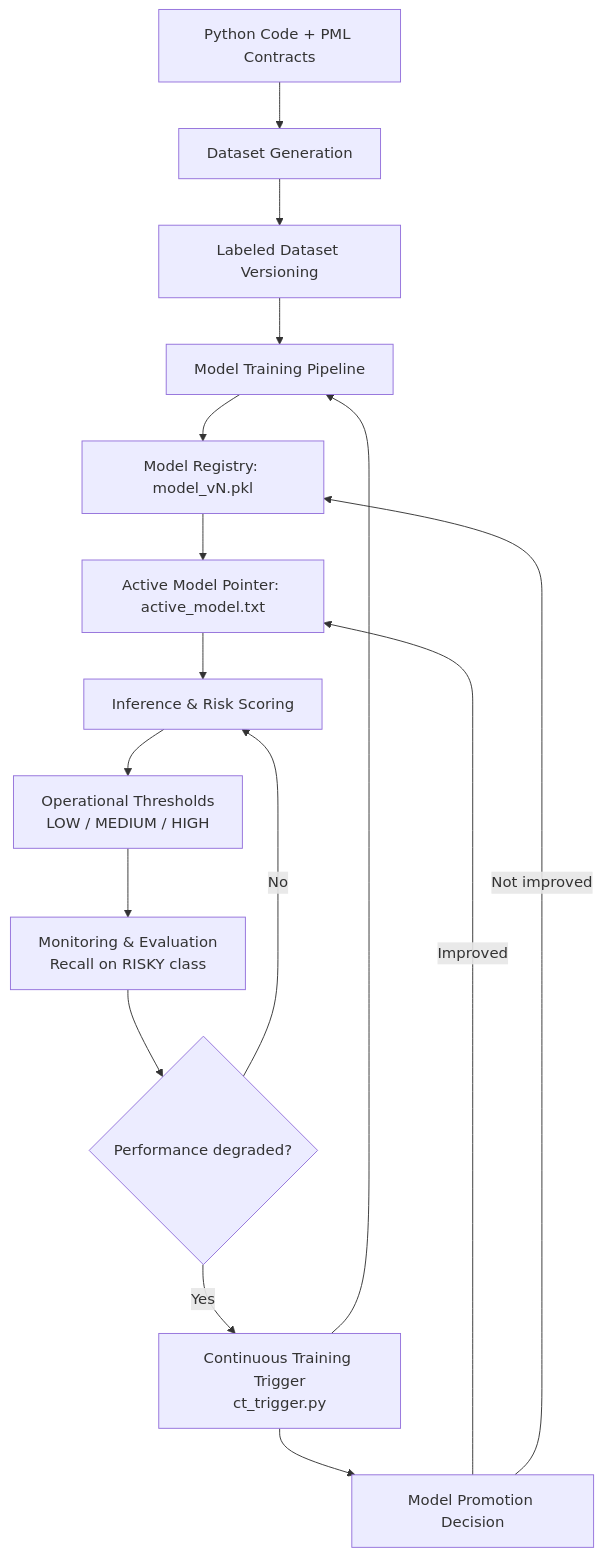
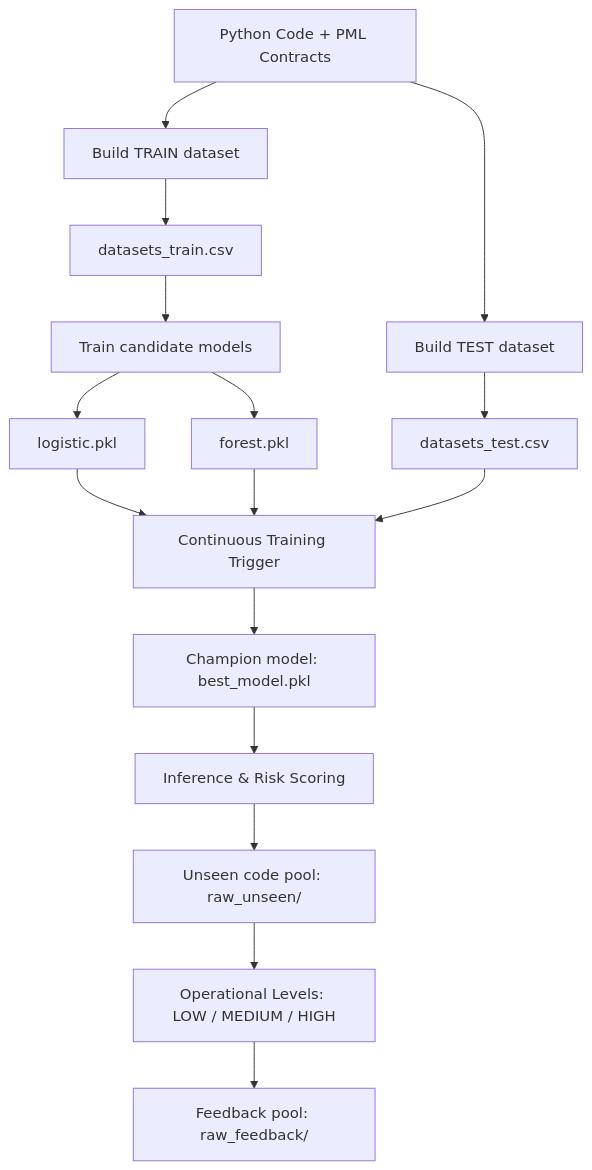
One commit to CERTprogramming/SpecLens-PML changed the diagram in README.md. Above: the diagram before and after it, drawn with Mermaid. The commit also changed other lines of this file and 29 other files, not shown here.

Commit message:
Finalize continuous learning pipeline (train/test/unseen + champion model)

````diff
--- a/README.md
+++ b/README.md
@@ -44,25 +45,23 @@
 ```mermaid
 flowchart TD
 
-    A[Python Code + PML Contracts] --> B[Dataset Generation]
-    B --> C[Labeled Dataset Versioning]
-    C --> D[Model Training Pipeline]
-    D --> E[Model Registry: model_vN.pkl]
+    A[Python Code + PML Contracts] --> B1[Build TRAIN dataset]
+    A --> B2[Build TEST dataset]
+    B1 --> C1[datasets_train.csv]
+    B2 --> C2[datasets_test.csv]
 
-    E --> F[Active Model Pointer: active_model.txt]
-    F --> G[Inference & Risk Scoring]
+    C1 --> D[Train candidate models]
+    D --> E1[logistic.pkl]
+    D --> E2[forest.pkl]
 
-    G --> H[Operational Thresholds<br/>LOW / MEDIUM / HIGH]
-    H --> I[Monitoring & Evaluation<br/>Recall on RISKY class]
+    E1 --> F[Continuous Training Trigger]
+    E2 --> F
 
-    I --> J{Performance degraded?}
+    C2 --> F
+    F --> G[Champion model: best_model.pkl]
 
-    J -- No --> G
-    J -- Yes --> K[Continuous Training Trigger<br/>ct_trigger.py]
-
-    K --> D
-    K --> L[Model Promotion Decision]
-
-    L -- Improved --> F
-    L -- Not improved --> E
+    G --> H[Inference & Risk Scoring]
+    H --> I[Unseen code pool: raw_unseen/]
+    I --> J[Operational Levels: LOW / MEDIUM / HIGH]
+    J --> K[Feedback pool: raw_feedback/]
 ```
````
